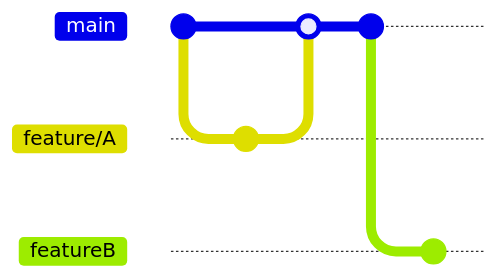
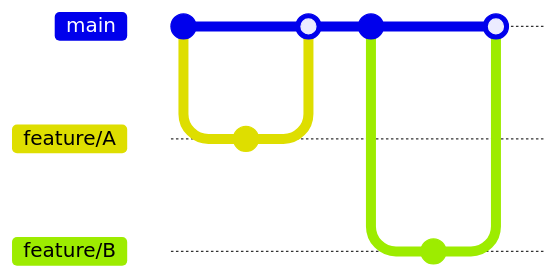
Before and after one commit to petitess/markdown: the first of 3 diagrams in mermaid04.md, drawn with Mermaid. Commit ids are hidden.

````diff
--- a/mermaid04.md
+++ b/mermaid04.md
@@ -1,11 +1,13 @@
 ```mermaid
 gitGraph
        commit
        branch feature/A
        commit
        checkout main
        merge feature/A
        commit
-       branch featureB
+       branch feature/B
        commit
+       checkout main
+       merge feature/B
 ```
````
